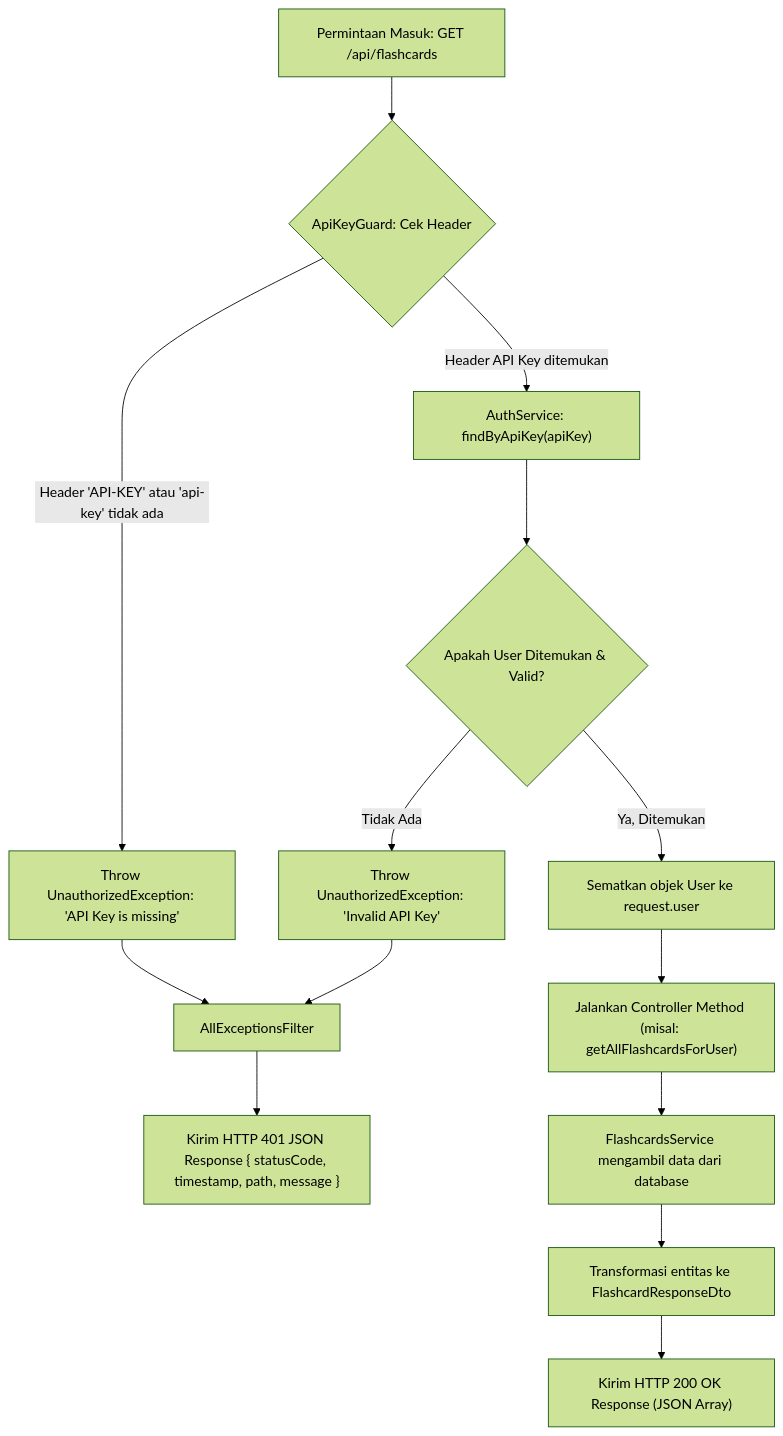
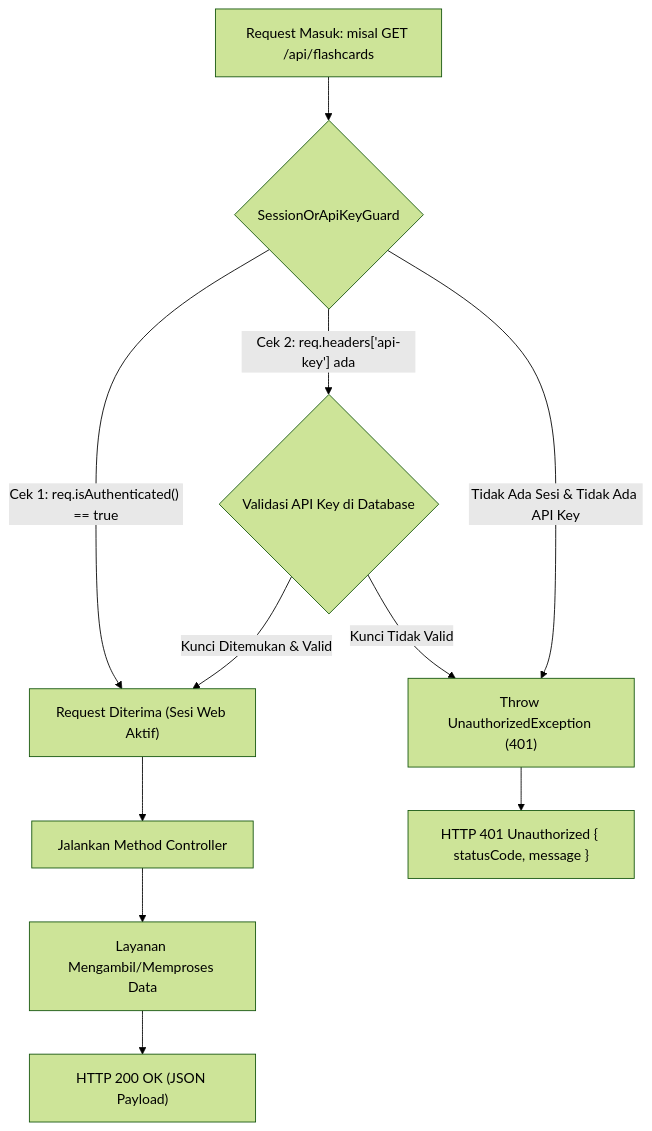
One commit to minipingu/kitsuno-tapi-nest-js-sqlite changed the third of 6 diagrams in README.md. Above: the diagram before and after it, drawn with Mermaid (forest theme). The commit also changed other lines of this file and 1 other file, not shown here.

````diff
--- a/README.md
+++ b/README.md
@@ -337,17 +309,14 @@
 ```mermaid
 flowchart TD
-    StartRequest["Permintaan Masuk: GET /api/flashcards"] --> GuardCheck{"ApiKeyGuard: Cek Header"}
-    GuardCheck -- "Header 'API-KEY' atau 'api-key' tidak ada" --> Err401Missing["Throw UnauthorizedException: 'API Key is missing'"]
-    GuardCheck -- "Header API Key ditemukan" --> DBQuery["AuthService: findByApiKey(apiKey)"]
-    DBQuery --> KeyValid{"Apakah User Ditemukan & Valid?"}
-    KeyValid -- "Tidak Ada" --> Err401Invalid["Throw UnauthorizedException: 'Invalid API Key'"]
-    KeyValid -- "Ya, Ditemukan" --> AttachUser["Sematkan objek User ke request.user"]
-    AttachUser --> ControllerExec["Jalankan Controller Method (misal: getAllFlashcardsForUser)"]
-    ControllerExec --> ServiceQuery["FlashcardsService mengambil data dari database"]
-    ServiceQuery --> DTOConvert["Transformasi entitas ke FlashcardResponseDto"]
-    DTOConvert --> HTTP200["Kirim HTTP 200 OK Response (JSON Array)"]
+    Req["Request Masuk: misal GET /api/flashcards"] --> GuardCheck{"SessionOrApiKeyGuard"}
+    GuardCheck -- "Cek 1: req.isAuthenticated() == true" --> Authorized["Request Diterima (Sesi Web Aktif)"]
+    GuardCheck -- "Cek 2: req.headers['api-key'] ada" --> ValidateKey{"Validasi API Key di Database"}
+    ValidateKey -- "Kunci Ditemukan & Valid" --> Authorized
+    ValidateKey -- "Kunci Tidak Valid" --> Denied["Throw UnauthorizedException (401)"]
+    GuardCheck -- "Tidak Ada Sesi & Tidak Ada API Key" --> Denied
 
-    Err401Missing --> GlobalExFilter["AllExceptionsFilter"]
-    Err401Invalid --> GlobalExFilter
-    GlobalExFilter --> JSONError["Kirim HTTP 401 JSON Response { statusCode, timestamp, path, message }"]
+    Authorized --> ControllerExec["Jalankan Method Controller"]
+    ControllerExec --> ServiceQuery["Layanan Mengambil/Memproses Data"]
+    ServiceQuery --> JSONResp["HTTP 200 OK (JSON Payload)"]
+    Denied --> ErrResp["HTTP 401 Unauthorized { statusCode, message }"]
 ```
````
